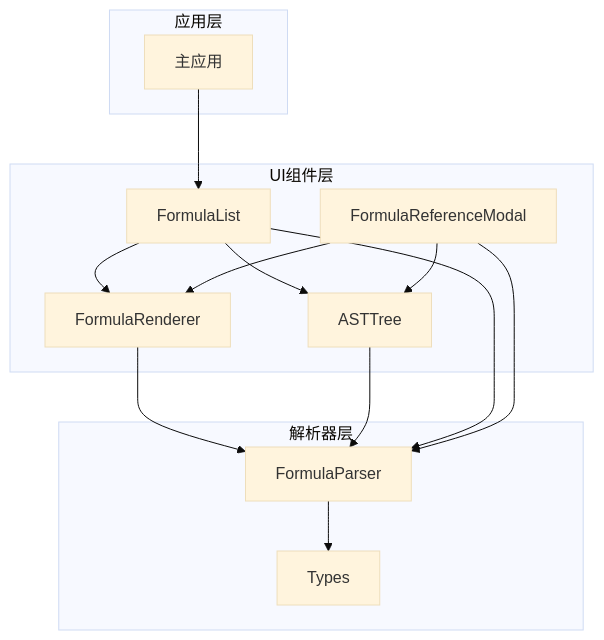
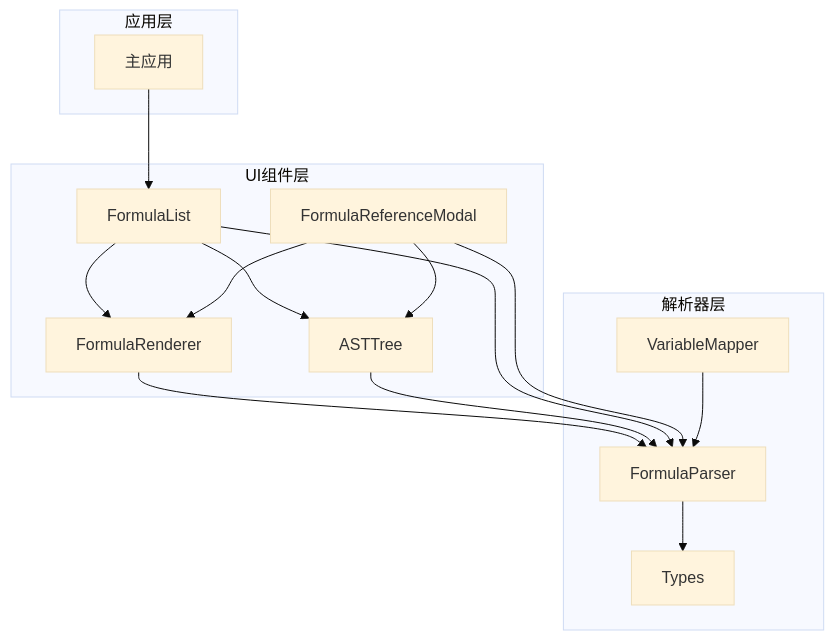
One commit to steveyu2/formula-mapper changed the seventh of 7 diagrams in .qoder/repowiki/zh/content/开发者指南/核心模块实现/公式解析器.md. Above: the diagram before and after it, drawn with Mermaid (base theme). The commit also changed other lines of this file and 4 other files, not shown here.

````diff
--- a/.qoder/repowiki/zh/content/开发者指南/核心模块实现/公式解析器.md
+++ b/.qoder/repowiki/zh/content/开发者指南/核心模块实现/公式解析器.md
@@ -315,26 +350,28 @@
 ```mermaid
 graph TB
 subgraph "解析器层"
 Parser[FormulaParser]
 Types[Types]
+Mapper[VariableMapper]
 end
 subgraph "UI组件层"
 Renderer[FormulaRenderer]
 ASTTree[ASTTree]
 List[FormulaList]
 RefModal[FormulaReferenceModal]
 end
 subgraph "应用层"
 App[主应用]
 end
 Parser --> Types
 Renderer --> Parser
 ASTTree --> Parser
 List --> Parser
 RefModal --> Parser
+Mapper --> Parser
 List --> Renderer
 List --> ASTTree
 RefModal --> Renderer
 RefModal --> ASTTree
 App --> List
 ```
````
